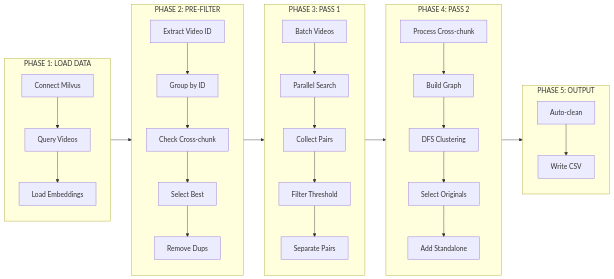
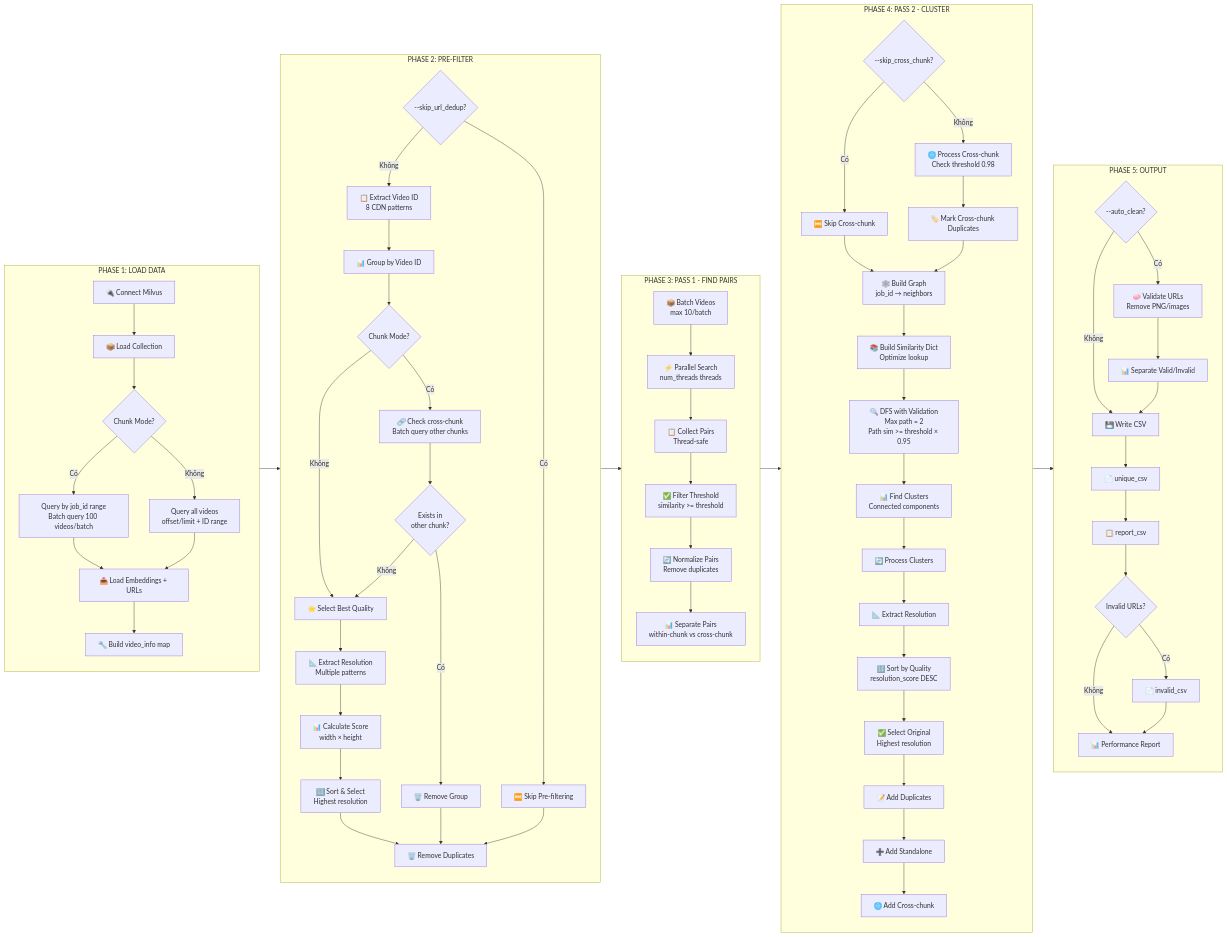
Before and after one commit to quanmbl4255142/check_tvc_update_zilliz: the second of 10 diagrams in flowchart_duplicate_filtering.md, drawn with Mermaid. The commit also changed other lines of this file and 8 other files, not shown here.

Commit message:
update flow

````diff
--- a/flowchart_duplicate_filtering.md
+++ b/flowchart_duplicate_filtering.md
@@ -116,37 +151,74 @@
 ```mermaid
 flowchart LR
     subgraph Phase1["PHASE 1: LOAD DATA"]
-        A1[Connect Milvus] --> A2[Query Videos]
-        A2 --> A3[Load Embeddings]
+        A1[🔌 Connect Milvus] --> A2[📦 Load Collection]
+        A2 --> A3{Chunk Mode?}
+        A3 -->|Có| A4[Query by job_id range<br/>Batch query 100 videos/batch]
+        A3 -->|Không| A5[Query all videos<br/>offset/limit + ID range]
+        A4 --> A6[📥 Load Embeddings + URLs]
+        A5 --> A6
+        A6 --> A7[🔧 Build video_info map]
     end
     
     subgraph Phase2["PHASE 2: PRE-FILTER"]
-        B1[Extract Video ID] --> B2[Group by ID]
-        B2 --> B3[Check Cross-chunk]
-        B3 --> B4[Select Best]
-        B4 --> B5[Remove Dups]
+        B1{--skip_url_dedup?} -->|Có| B2[⏭️ Skip Pre-filtering]
+        B1 -->|Không| B3[📋 Extract Video ID<br/>8 CDN patterns]
+        B3 --> B4[📊 Group by Video ID]
+        B4 --> B5{Chunk Mode?}
+        B5 -->|Có| B6[🔗 Check cross-chunk<br/>Batch query other chunks]
+        B5 -->|Không| B7[⭐ Select Best Quality]
+        B6 --> B8{Exists in<br/>other chunk?}
+        B8 -->|Có| B9[🗑️ Remove Group]
+        B8 -->|Không| B7
+        B7 --> B10[📐 Extract Resolution<br/>Multiple patterns]
+        B10 --> B11[📊 Calculate Score<br/>width × height]
+        B11 --> B12[🔢 Sort & Select<br/>Highest resolution]
+        B12 --> B13[🗑️ Remove Duplicates]
+        B9 --> B13
+        B2 --> B13
     end
     
-    subgraph Phase3["PHASE 3: PASS 1"]
-        C1[Batch Videos] --> C2[Parallel Search]
-        C2 --> C3[Collect Pairs]
-        C3 --> C4[Filter Threshold]
-        C4 --> C5[Separate Pairs]
+    subgraph Phase3["PHASE 3: PASS 1 - FIND PAIRS"]
+        C1[📦 Batch Videos<br/>max 10/batch] --> C2[⚡ Parallel Search<br/>num_threads threads]
+        C2 --> C3[📋 Collect Pairs<br/>Thread-safe]
+        C3 --> C4[✅ Filter Threshold<br/>similarity >= threshold]
+        C4 --> C5[🔄 Normalize Pairs<br/>Remove duplicates]
+        C5 --> C6[📊 Separate Pairs<br/>within-chunk vs cross-chunk]
     end
     
-    subgraph Phase4["PHASE 4: PASS 2"]
-        D1[Process Cross-chunk] --> D2[Build Graph]
-        D2 --> D3[DFS Clustering]
-        D3 --> D4[Select Originals]
-        D4 --> D5[Add Standalone]
+    subgraph Phase4["PHASE 4: PASS 2 - CLUSTER"]
+        D1{--skip_cross_chunk?} -->|Có| D2[⏭️ Skip Cross-chunk]
+        D1 -->|Không| D3[🌐 Process Cross-chunk<br/>Check threshold 0.98]
+        D3 --> D4[🏷️ Mark Cross-chunk Duplicates]
+        D2 --> D5[🕸️ Build Graph<br/>job_id → neighbors]
+        D4 --> D5
+        D5 --> D6[📚 Build Similarity Dict<br/>Optimize lookup]
+        D6 --> D7[🔍 DFS with Validation<br/>Max path = 2<br/>Path sim >= threshold × 0.95]
+        D7 --> D8[📊 Find Clusters<br/>Connected components]
+        D8 --> D9[🔄 Process Clusters]
+        D9 --> D10[📐 Extract Resolution]
+        D10 --> D11[🔢 Sort by Quality<br/>resolution_score DESC]
+        D11 --> D12[✅ Select Original<br/>Highest resolution]
+        D12 --> D13[📝 Add Duplicates]
+        D13 --> D14[➕ Add Standalone]
+        D14 --> D15[🌐 Add Cross-chunk]
     end
     
     subgraph Phase5["PHASE 5: OUTPUT"]
-        E1[Auto-clean] --> E2[Write CSV]
+        E1{--auto_clean?} -->|Có| E2[🧼 Validate URLs<br/>Remove PNG/images]
+        E1 -->|Không| E3[💾 Write CSV]
+        E2 --> E4[📊 Separate Valid/Invalid]
+        E4 --> E3
+        E3 --> E5[📄 unique_csv]
+        E5 --> E6[📋 report_csv]
+        E6 --> E7{Invalid URLs?}
+        E7 -->|Có| E8[📄 invalid_csv]
+        E7 -->|Không| E9[📊 Performance Report]
+        E8 --> E9
     end
     
     Phase1 --> Phase2
     Phase2 --> Phase3
     Phase3 --> Phase4
     Phase4 --> Phase5
 ```
````
